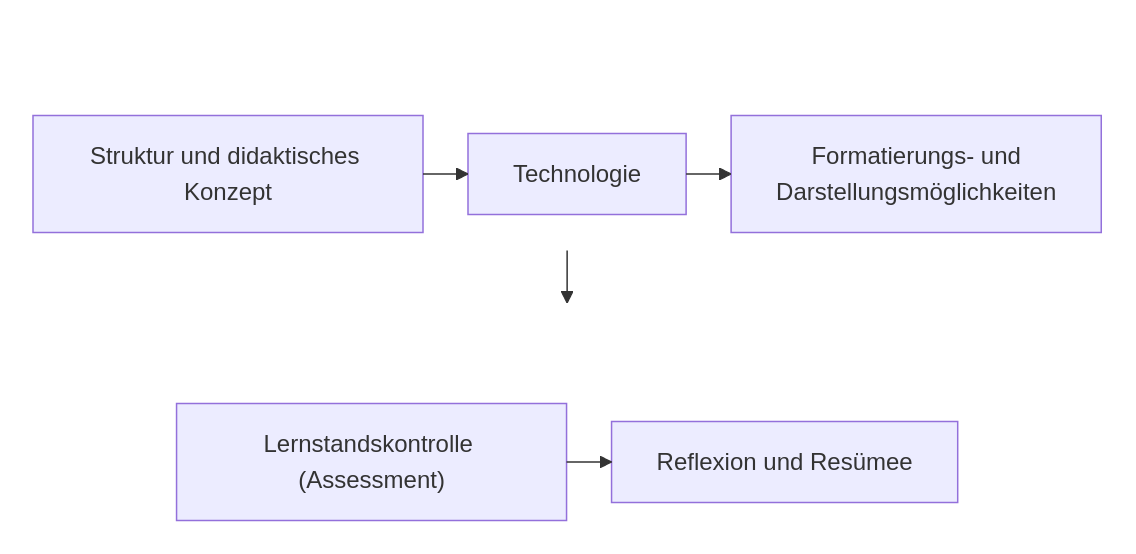
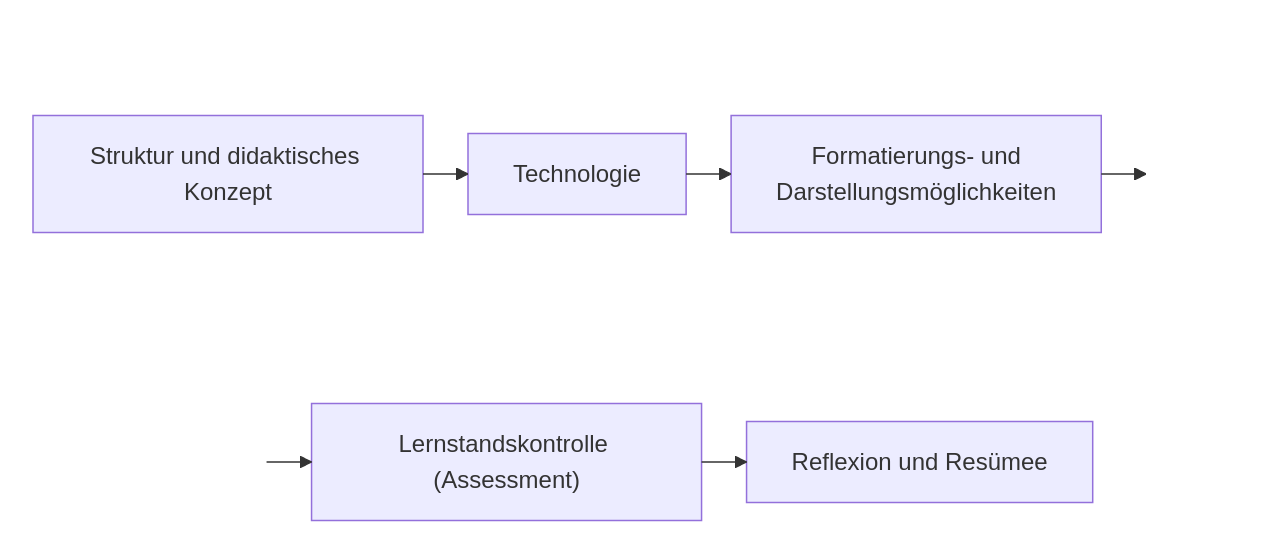
The diagram in einleitung.md (quadriga-dk/QUADRIGA-OER-Manual), drawn with Mermaid before and after one commit.

Commit message:
docs(diagramm): Zeilenumbruch mit Stummelpfeilen statt Mittelpfeil
Der eine Pfeil zwischen den Reihen kam aus der Subgraph-Verbindung und
zeigte ohne Bezug auf die Knoten nach unten.

- erste Reihe endet jetzt mit einem Pfeil nach rechts ins Leere, die zweite
  beginnt mit einem Pfeil von links (ueber unsichtbare Stummelknoten)
- die Subgraphen sind nur noch unsichtbar verbunden, damit ELK die Reihen
  untereinander stapelt

````diff
--- a/einleitung.md
+++ b/einleitung.md
@@ -79,18 +79,20 @@
 ```{mermaid}
 :align: center
 :caption: Inhaltliche Kapitel dieser Anleitung in ihrer Reihenfolge.
 
 %%{init: {"layout": "elk"}}%%
 flowchart TB
     subgraph reihe1[" "]
         direction LR
-        B["Struktur und didaktisches Konzept"] --> C["Technologie"] --> D["Formatierungs- und<br/>Darstellungsmöglichkeiten"]
+        B["Struktur und didaktisches Konzept"] --> C["Technologie"] --> D["Formatierungs- und<br/>Darstellungsmöglichkeiten"] --> x1[" "]
     end
     subgraph reihe2[" "]
         direction LR
-        E["Lernstandskontrolle (Assessment)"] --> F["Reflexion und Resümee"]
+        x2[" "] --> E["Lernstandskontrolle (Assessment)"] --> F["Reflexion und Resümee"]
     end
-    reihe1 --> reihe2
+    reihe1 ~~~ reihe2
     style reihe1 fill:none,stroke:none
     style reihe2 fill:none,stroke:none
+    style x1 fill:none,stroke:none
+    style x2 fill:none,stroke:none
 ```
````
